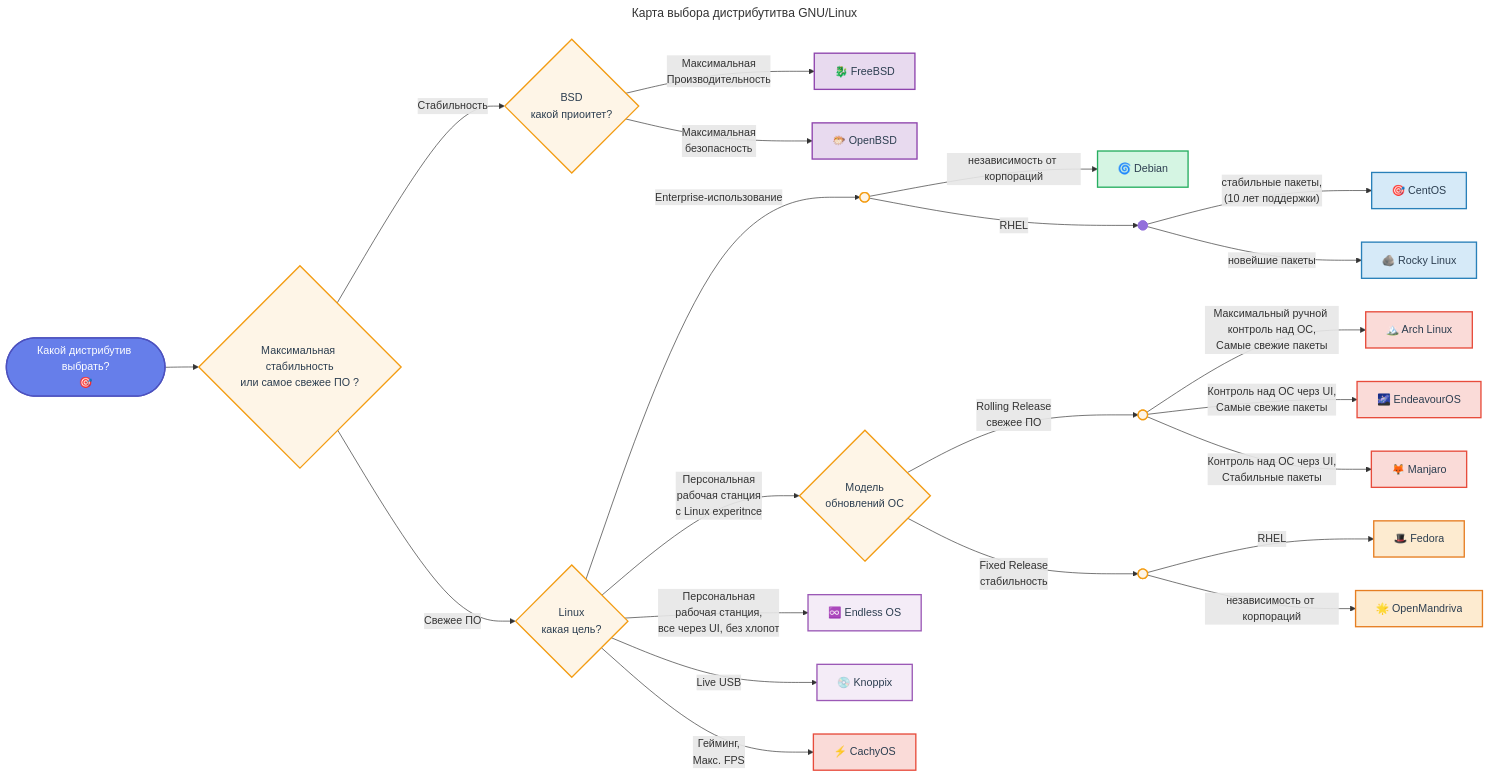
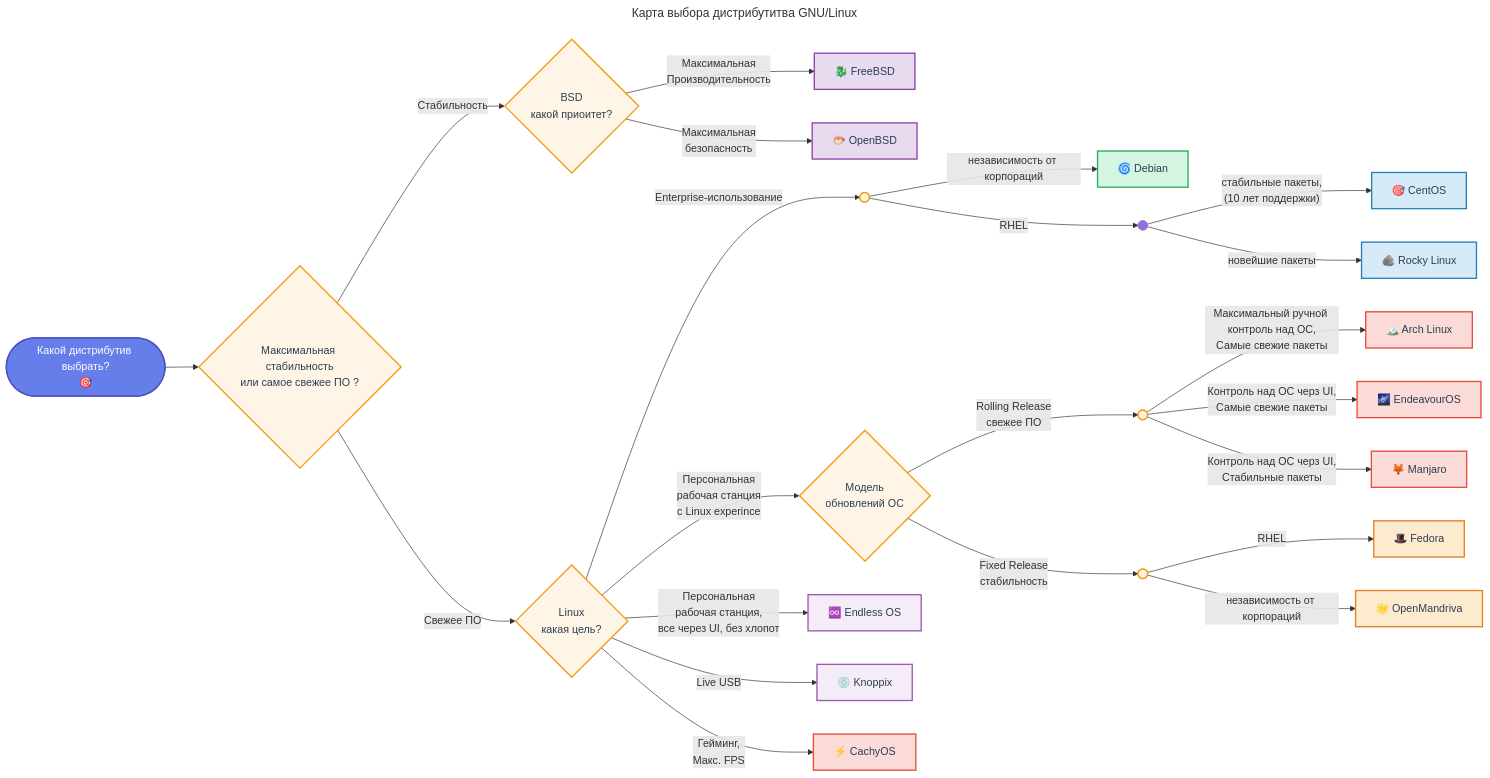
One commit to mrtxee/enterprise-developer-almanac changed the diagram in software-engineer/технологии/linux/linux-distros-roadmap.md. Above: the diagram before and after it, drawn with Mermaid.

```diff
--- a/software-engineer/технологии/linux/linux-distros-roadmap.md
+++ b/software-engineer/технологии/linux/linux-distros-roadmap.md
@@ -24,7 +24,7 @@
 
 Server_Q -- независимость от корпораций --> Debian["🌀 Debian"]
 
-Q2 -- Персональная<br>рабочая станция<br>с Linux experitnce --> Desktop_Q{"Модель<br>обновлений ОС"}
+Q2 -- Персональная<br>рабочая станция<br>с Linux experince --> Desktop_Q{"Модель<br>обновлений ОС"}
 
 Desktop_Q -- Rolling Release<br>свежее ПО --> Arch_Fam["Какой Arch-дистрибутив?"]
 
```
